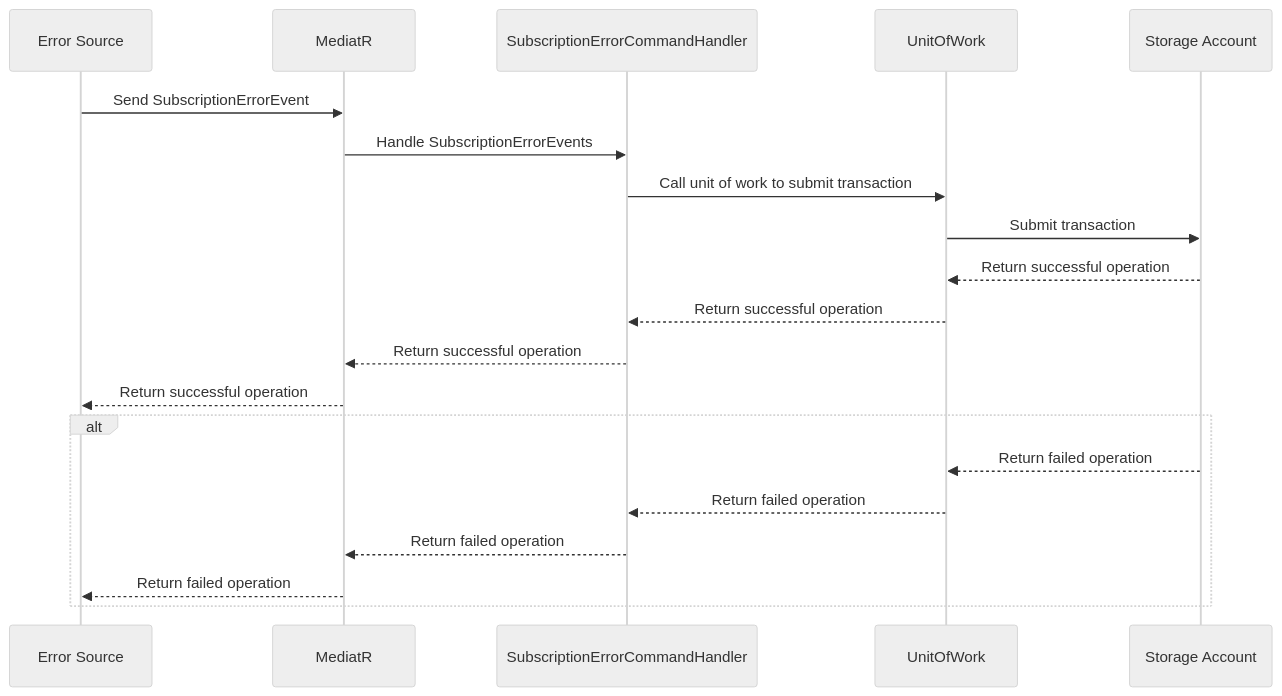
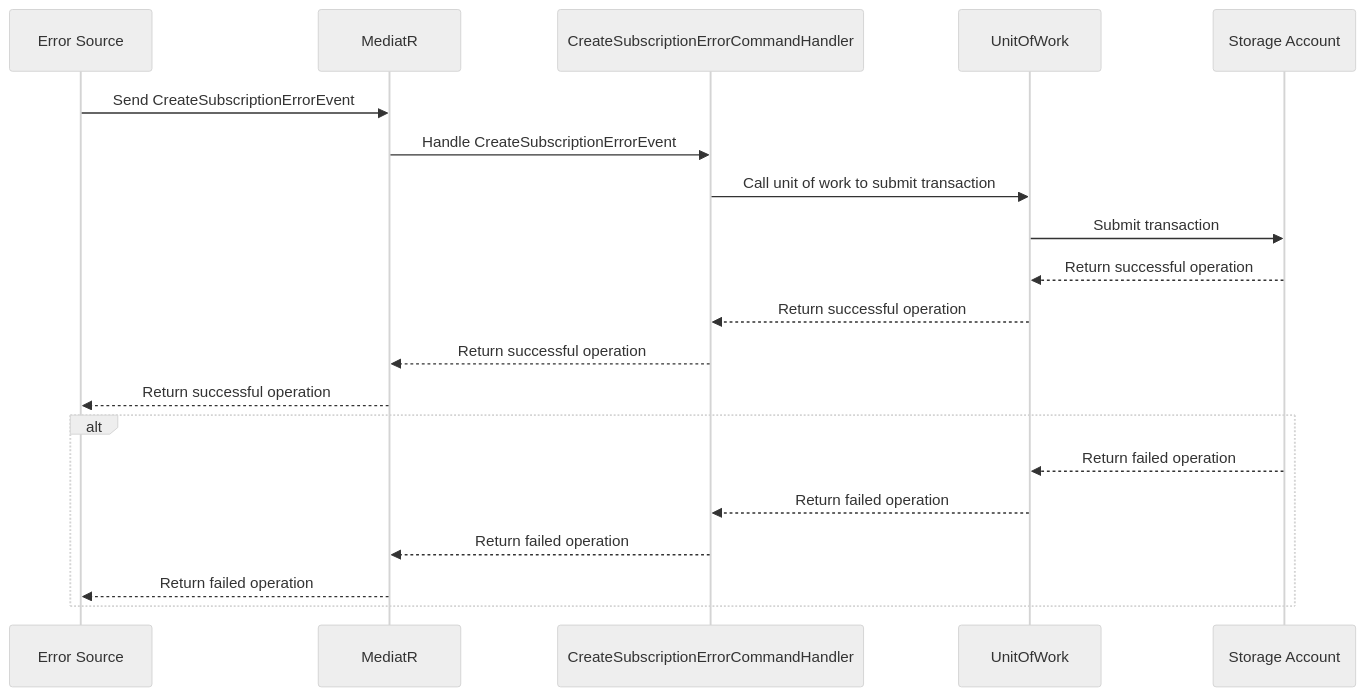
The first of 2 diagrams in docs/user-guides/error-reporting.md (Bane-NOR/event-issuer), drawn with Mermaid (neutral theme) before and after one commit. The commit also changed other lines of this file and 1 other file, not shown here.

Commit message:
Subscription table diagram

```diff
--- a/docs/user-guides/error-reporting.md
+++ b/docs/user-guides/error-reporting.md
@@ -31,23 +49,23 @@
 ::: mermaid
 sequenceDiagram
     participant Error Source
     participant MediatR
-    participant SubscriptionErrorCommandHandler
+    participant CreateSubscriptionErrorCommandHandler
     participant UnitOfWork
     participant Storage Account
 
-    Error Source->>MediatR: Send SubscriptionErrorEvent
-    MediatR->>SubscriptionErrorCommandHandler: Handle SubscriptionErrorEvents
-    SubscriptionErrorCommandHandler ->> UnitOfWork: Call unit of work to submit transaction
+    Error Source->>MediatR: Send CreateSubscriptionErrorEvent
+    MediatR->>CreateSubscriptionErrorCommandHandler: Handle CreateSubscriptionErrorEvent
+    CreateSubscriptionErrorCommandHandler ->> UnitOfWork: Call unit of work to submit transaction
     UnitOfWork ->> Storage Account: Submit transaction 
     Storage Account -->> UnitOfWork: Return successful operation
-    UnitOfWork -->> SubscriptionErrorCommandHandler: Return successful operation
-    SubscriptionErrorCommandHandler -->> MediatR: Return successful operation
+    UnitOfWork -->> CreateSubscriptionErrorCommandHandler: Return successful operation
+    CreateSubscriptionErrorCommandHandler -->> MediatR: Return successful operation
     MediatR -->> Error Source: Return successful operation
     alt
     Storage Account -->> UnitOfWork: Return failed operation
-    UnitOfWork -->> SubscriptionErrorCommandHandler: Return failed operation
-    SubscriptionErrorCommandHandler -->> MediatR: Return failed operation
+    UnitOfWork -->> CreateSubscriptionErrorCommandHandler: Return failed operation
+    CreateSubscriptionErrorCommandHandler -->> MediatR: Return failed operation
     MediatR -->> Error Source: Return failed operation
     end
 :::
```
